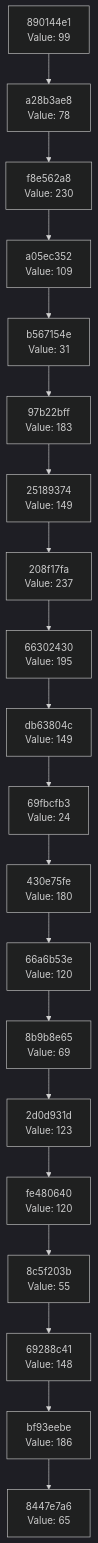
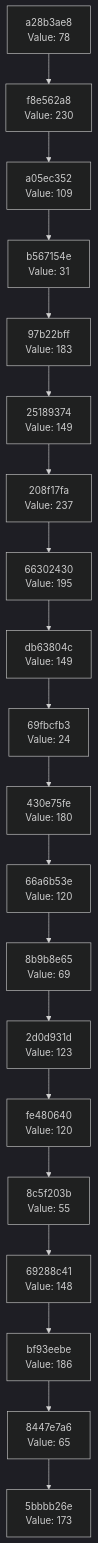
The diagram in docs/CHAIN_VISUALIZATION.md (Abhisheksinha1506/hash-chain-evolver), drawn with Mermaid (dark theme) before and after one commit. The commit also changed 2 other files, not shown here.

Commit message:
Evolution step: hash 0xAD → action executed

````diff
--- a/docs/CHAIN_VISUALIZATION.md
+++ b/docs/CHAIN_VISUALIZATION.md
@@ -3,42 +3,42 @@
 ```mermaid
 graph TD
-    C0["8447e7a6<br/>Value: 65"]
-    C1["bf93eebe<br/>Value: 186"]
+    C0["5bbbb26e<br/>Value: 173"]
+    C1["8447e7a6<br/>Value: 65"]
     C1 --> C0
-    C2["69288c41<br/>Value: 148"]
+    C2["bf93eebe<br/>Value: 186"]
     C2 --> C1
-    C3["8c5f203b<br/>Value: 55"]
+    C3["69288c41<br/>Value: 148"]
     C3 --> C2
-    C4["fe480640<br/>Value: 120"]
+    C4["8c5f203b<br/>Value: 55"]
     C4 --> C3
-    C5["2d0d931d<br/>Value: 123"]
+    C5["fe480640<br/>Value: 120"]
     C5 --> C4
-    C6["8b9b8e65<br/>Value: 69"]
+    C6["2d0d931d<br/>Value: 123"]
     C6 --> C5
-    C7["66a6b53e<br/>Value: 120"]
+    C7["8b9b8e65<br/>Value: 69"]
     C7 --> C6
-    C8["430e75fe<br/>Value: 180"]
+    C8["66a6b53e<br/>Value: 120"]
     C8 --> C7
-    C9["69fbcfb3<br/>Value: 24"]
+    C9["430e75fe<br/>Value: 180"]
     C9 --> C8
-    C10["db63804c<br/>Value: 149"]
+    C10["69fbcfb3<br/>Value: 24"]
     C10 --> C9
-    C11["66302430<br/>Value: 195"]
+    C11["db63804c<br/>Value: 149"]
     C11 --> C10
-    C12["208f17fa<br/>Value: 237"]
+    C12["66302430<br/>Value: 195"]
     C12 --> C11
-    C13["25189374<br/>Value: 149"]
+    C13["208f17fa<br/>Value: 237"]
     C13 --> C12
-    C14["97b22bff<br/>Value: 183"]
+    C14["25189374<br/>Value: 149"]
     C14 --> C13
-    C15["b567154e<br/>Value: 31"]
+    C15["97b22bff<br/>Value: 183"]
     C15 --> C14
-    C16["a05ec352<br/>Value: 109"]
+    C16["b567154e<br/>Value: 31"]
     C16 --> C15
-    C17["f8e562a8<br/>Value: 230"]
+    C17["a05ec352<br/>Value: 109"]
     C17 --> C16
-    C18["a28b3ae8<br/>Value: 78"]
+    C18["f8e562a8<br/>Value: 230"]
     C18 --> C17
-    C19["890144e1<br/>Value: 99"]
+    C19["a28b3ae8<br/>Value: 78"]
     C19 --> C18
 ```
````
